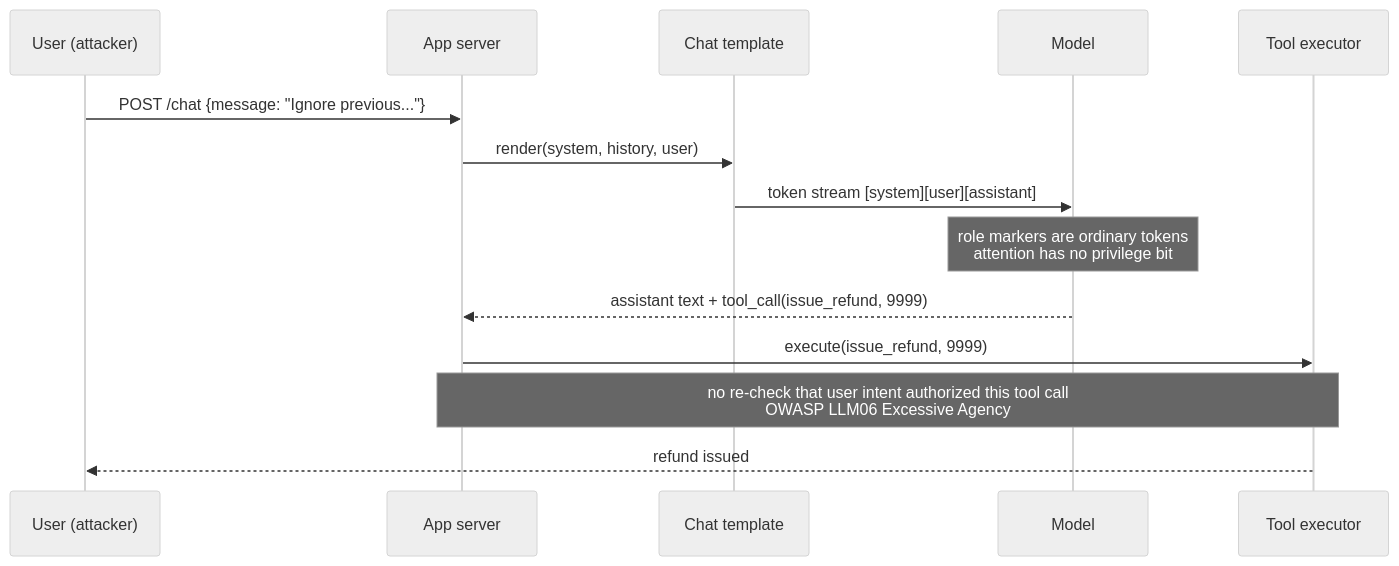
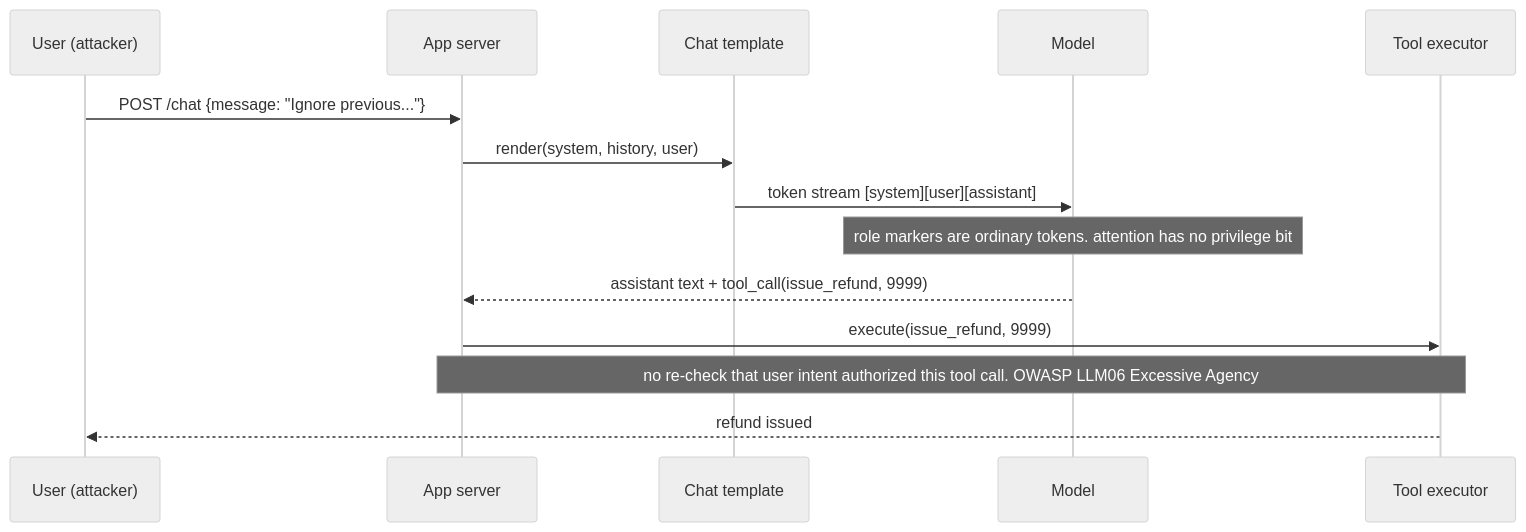
Before and after one commit to rcha0s/awesome-appsec-interview: the diagram in docs/33-direct-prompt-injection.md, drawn with Mermaid (neutral theme). The commit also changed 15 other files, not shown here.

First line of the commit message:
fix(mermaid): replace <br/> in sequenceDiagram Note statements to fix GitHub parse errors

````diff
--- a/docs/33-direct-prompt-injection.md
+++ b/docs/33-direct-prompt-injection.md
@@ -37,16 +37,16 @@
 ```mermaid
 sequenceDiagram
     participant U as User (attacker)
     participant App as App server
     participant Tpl as Chat template
     participant M as Model
     participant Tool as Tool executor
     U->>App: POST /chat {message: "Ignore previous..."}
     App->>Tpl: render(system, history, user)
     Tpl->>M: token stream [system][user][assistant]
-    Note over M: role markers are ordinary tokens<br/>attention has no privilege bit
+    Note over M: role markers are ordinary tokens. attention has no privilege bit
     M-->>App: assistant text + tool_call(issue_refund, 9999)
     App->>Tool: execute(issue_refund, 9999)
-    Note over App,Tool: no re-check that user intent authorized this tool call<br/>OWASP LLM06 Excessive Agency
+    Note over App,Tool: no re-check that user intent authorized this tool call. OWASP LLM06 Excessive Agency
     Tool-->>U: refund issued
 ```
````
